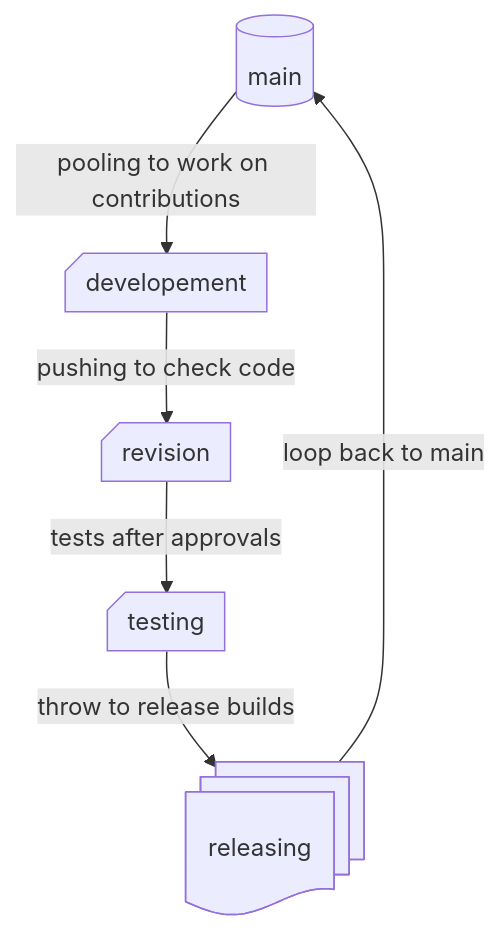
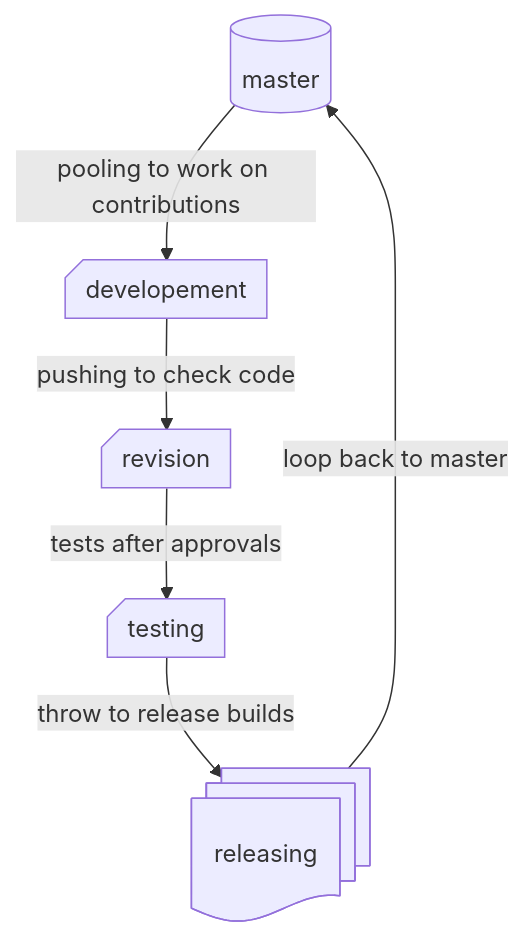
The third of 3 diagrams in docs/infographics/branch-movement-procedures.md (Sarverott/blacksmith-organizing-system), drawn with Mermaid before and after one commit. The commit also changed other lines of this file and 61 other files, not shown here.

````diff
--- a/docs/infographics/branch-movement-procedures.md
+++ b/docs/infographics/branch-movement-procedures.md
@@ -99,16 +99,16 @@
 ```mermaid
   
 
 flowchart TD
-	A@{ shape: cyl, label: "main" }
+	A@{ shape: cyl, label: "master" }
 	B@{ shape: notch-rect, label: "developement" }
 	C@{ shape: notch-rect, label: "revision" }
 	D@{ shape: notch-rect, label: "testing" }
 	E@{ shape: docs, label: "releasing" }
 	A-- pooling to work on contributions -->B;
 	B-- pushing to check code -->C;
 	C-- tests after approvals -->D;
 	D-- throw to release builds -->E;
-	E-- loop back to main -->A;
+	E-- loop back to master -->A;
 
 ```
````
